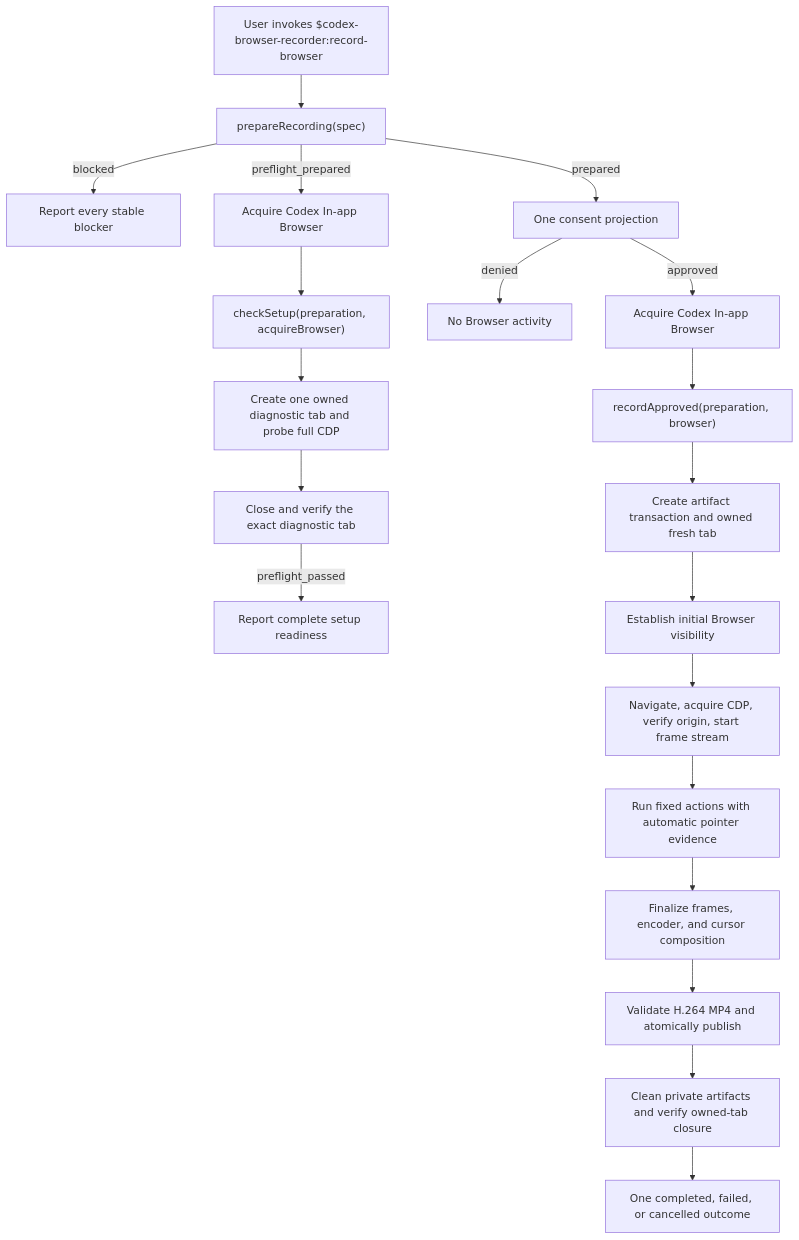
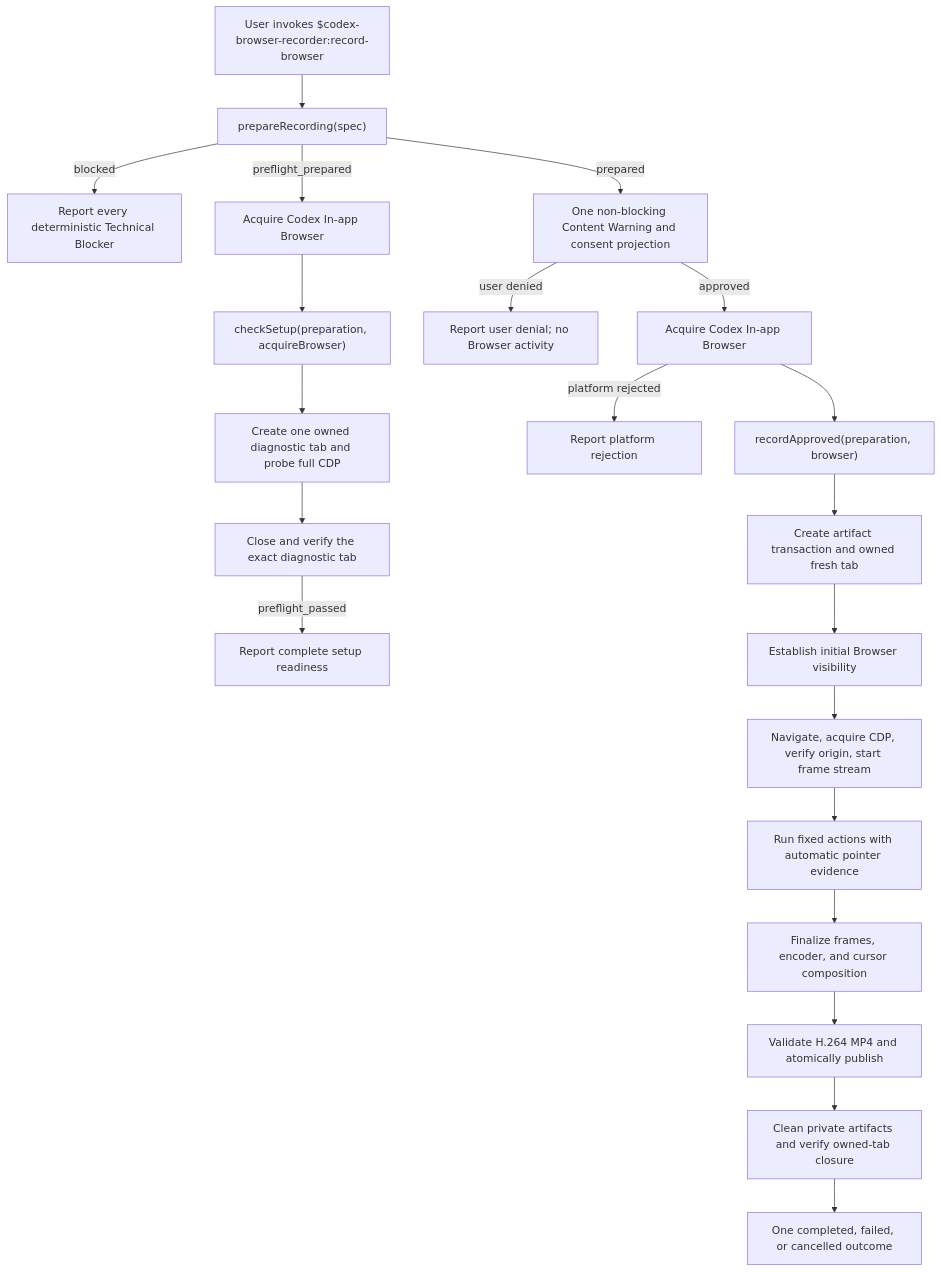
One commit to flsteven87/codex-browser-recorder changed the diagram in docs/architecture.md. Above: the diagram before and after it, drawn with Mermaid. The commit also changed other lines of this file and 18 other files, not shown here.

Commit message:
feat: replace content refusals with warning (#50)

````diff
--- a/docs/architecture.md
+++ b/docs/architecture.md
@@ -9,22 +9,23 @@
 ```mermaid
 flowchart TD
   U["User invokes $codex-browser-recorder:record-browser"] --> P["prepareRecording(spec)"]
-  P -->|"blocked"| F["Report every stable blocker"]
+  P -->|"blocked"| F["Report every deterministic Technical Blocker"]
   P -->|"preflight_prepared"| Q["Acquire Codex In-app Browser"]
   Q --> D["checkSetup(preparation, acquireBrowser)"]
   D --> I["Create one owned diagnostic tab and probe full CDP"]
   I --> J["Close and verify the exact diagnostic tab"]
   J -->|"preflight_passed"| L["Report complete setup readiness"]
-  P -->|"prepared"| C["One consent projection"]
-  C -->|"denied"| N["No Browser activity"]
+  P -->|"prepared"| C["One non-blocking Content Warning and consent projection"]
+  C -->|"user denied"| N["Report user denial; no Browser activity"]
   C -->|"approved"| B["Acquire Codex In-app Browser"]
+  B -->|"platform rejected"| K["Report platform rejection"]
   B --> R["recordApproved(preparation, browser)"]
   R --> T["Create artifact transaction and owned fresh tab"]
   T --> W["Establish initial Browser visibility"]
   W --> S["Navigate, acquire CDP, verify origin, start frame stream"]
   S --> A["Run fixed actions with automatic pointer evidence"]
   A --> M["Finalize frames, encoder, and cursor composition"]
   M --> V["Validate H.264 MP4 and atomically publish"]
   V --> X["Clean private artifacts and verify owned-tab closure"]
   X --> O["One completed, failed, or cancelled outcome"]
 ```
````
